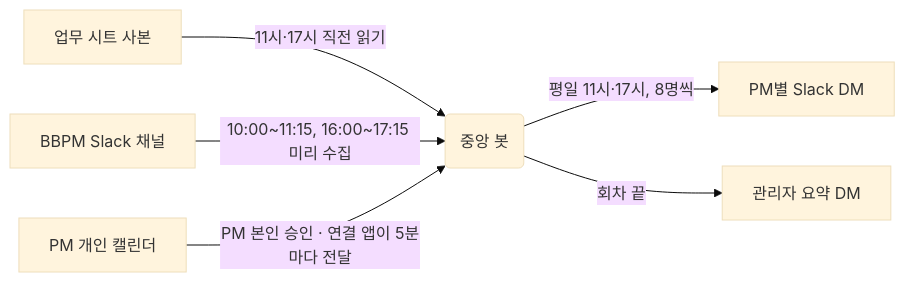
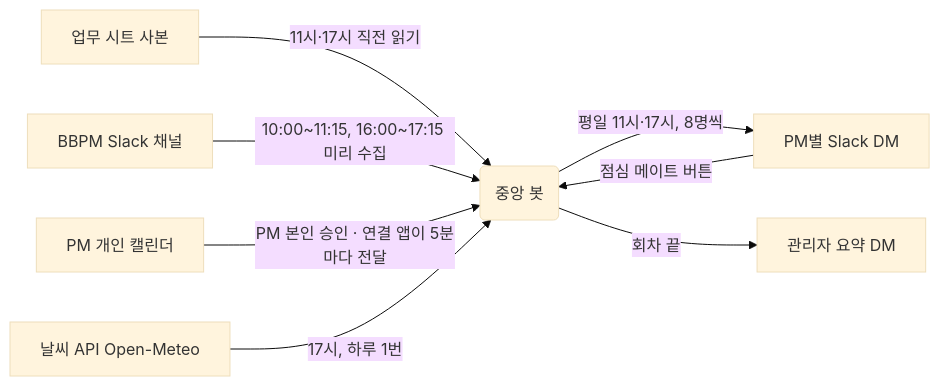
One commit to brotherweek2/slack-pm-briefing-assistant changed the diagram in README.md. Above: the diagram before and after it, drawn with Mermaid (base theme). The commit also changed other lines of this file and 22 other files, not shown here.

````diff
--- a/README.md
+++ b/README.md
@@ -38,8 +48,10 @@
 ```mermaid
 flowchart LR
   A[업무 시트 사본] -->|11시·17시 직전 읽기| C(중앙 봇)
   B[BBPM Slack 채널] -->|10:00~11:15, 16:00~17:15 미리 수집| C
   D[PM 개인 캘린더] -->|PM 본인 승인 · 연결 앱이 5분마다 전달| C
   C -->|평일 11시·17시, 8명씩| E[PM별 Slack DM]
   C -->|회차 끝| F[관리자 요약 DM]
+  E -->|점심 메이트 버튼| C
+  G[날씨 API Open-Meteo] -->|17시, 하루 1번| C
 ```
````
